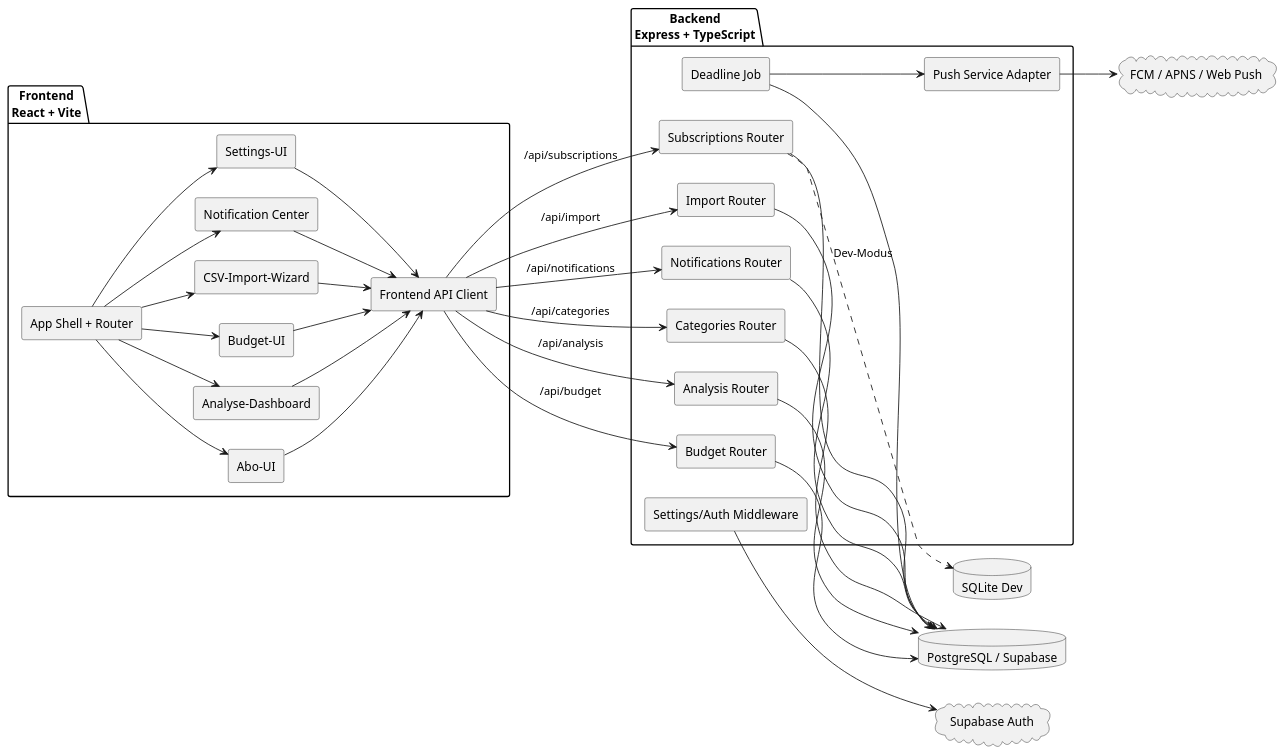
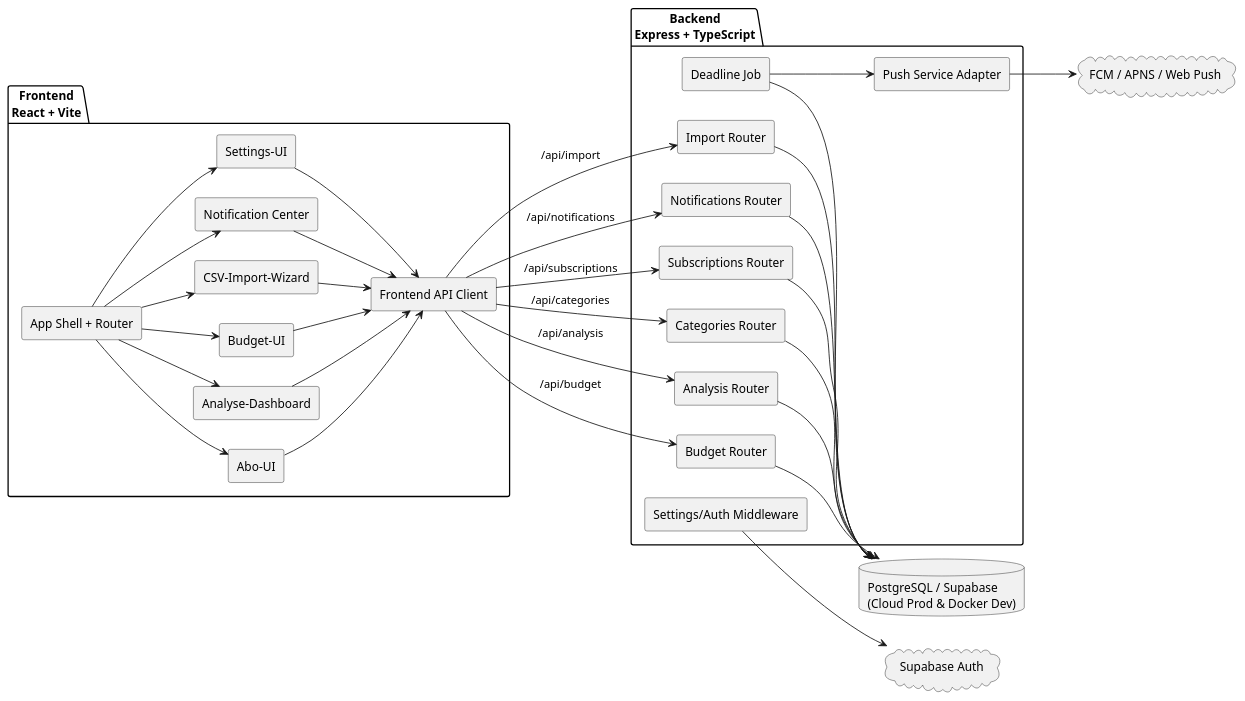
The second of 9 diagrams in docs/technical/design.adoc (momel13/SubscriptionGuard-E2), drawn with PlantUML before and after one commit. The commit also changed other lines of this file, not shown here.

Commit message:
Design an Architektur angepasst (PostgreSQL & Budget-Fix)

```diff
--- a/docs/technical/design.adoc
+++ b/docs/technical/design.adoc
@@ -69,68 +68,66 @@
 [plantuml,component-diagram,svg]
 ----
 @startuml
 left to right direction
 skinparam componentStyle rectangle
 
 package "Frontend\nReact + Vite" {
   [App Shell + Router] as App
   [Abo-UI] as SubUi
   [Analyse-Dashboard] as AnalysisUi
   [Budget-UI] as BudgetUi
   [CSV-Import-Wizard] as ImportUi
   [Notification Center] as NotificationUi
   [Settings-UI] as SettingsUi
   [Frontend API Client] as FeApi
 }
 
 package "Backend\nExpress + TypeScript" {
   [Subscriptions Router] as SubApi
   [Categories Router] as CatApi
   [Analysis Router] as AnalysisApi
   [Budget Router] as BudgetApi
   [Import Router] as ImportApi
   [Notifications Router] as NotificationApi
   [Settings/Auth Middleware] as AuthApi
   [Deadline Job] as DeadlineJob
   [Push Service Adapter] as PushAdapter
 }
 
-database "PostgreSQL / Supabase" as Db
-database "SQLite Dev" as Sqlite
+database "PostgreSQL / Supabase\n(Cloud Prod & Docker Dev)" as Db
 cloud "Supabase Auth" as Auth
 cloud "FCM / APNS / Web Push" as Push
 
 App --> SubUi
 App --> AnalysisUi
 App --> BudgetUi
 App --> ImportUi
 App --> NotificationUi
 App --> SettingsUi
 
 SubUi --> FeApi
 AnalysisUi --> FeApi
 BudgetUi --> FeApi
 ImportUi --> FeApi
 NotificationUi --> FeApi
 SettingsUi --> FeApi
 
 FeApi --> SubApi : /api/subscriptions
 FeApi --> CatApi : /api/categories
 FeApi --> AnalysisApi : /api/analysis
 FeApi --> BudgetApi : /api/budget
 FeApi --> ImportApi : /api/import
 FeApi --> NotificationApi : /api/notifications
 
 AuthApi --> Auth
 SubApi --> Db
 CatApi --> Db
 AnalysisApi --> Db
 BudgetApi --> Db
 ImportApi --> Db
 NotificationApi --> Db
 DeadlineJob --> Db
 DeadlineJob --> PushAdapter
 PushAdapter --> Push
-SubApi ..> Sqlite : Dev-Modus
 @enduml
 ----
```
